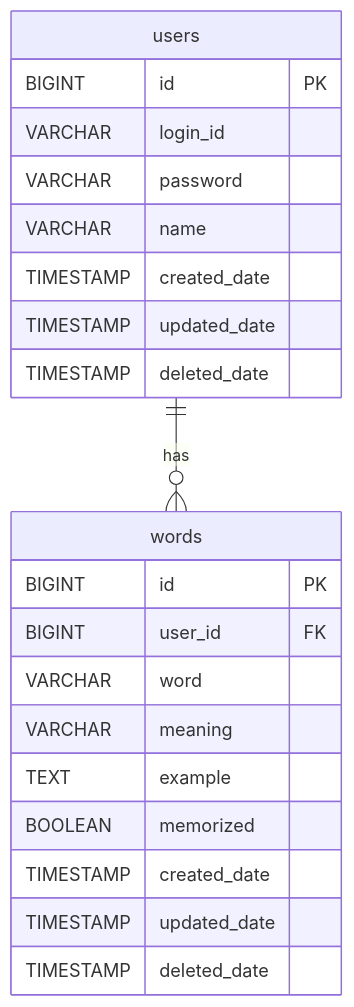
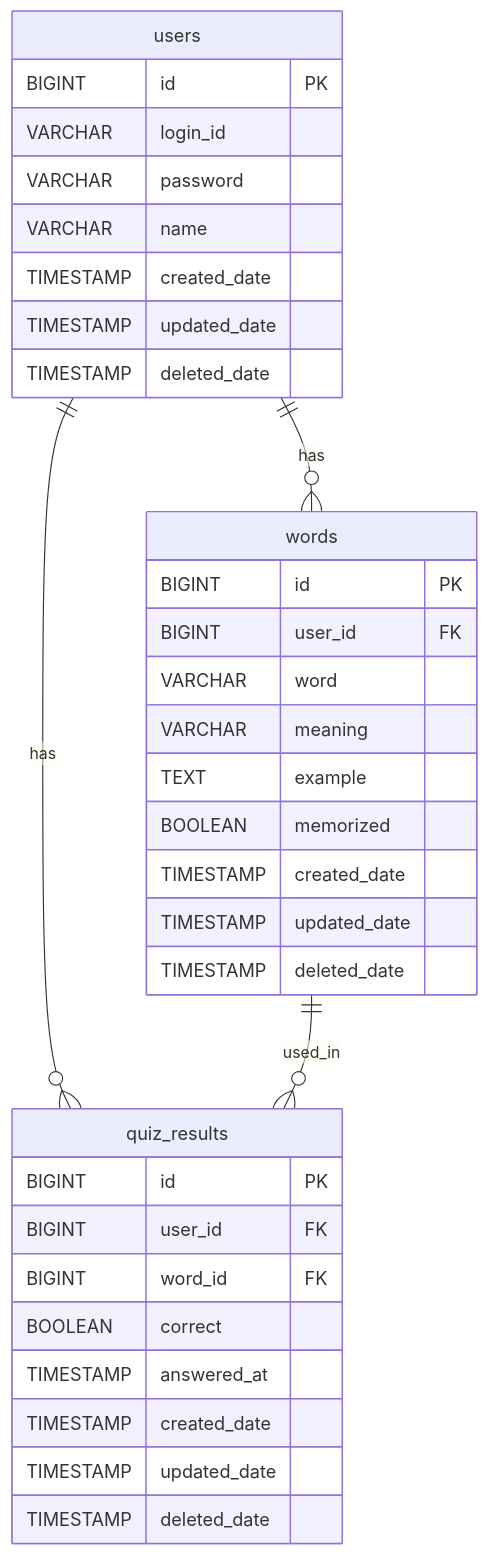
Before and after one commit to Hmty1311/spring-vue-english-app: the diagram in docs/basic-design/B-04_er.md, drawn with Mermaid. The commit also changed 1 other file, not shown here.

Commit message:
update B-03 / B-04

````diff
--- a/docs/basic-design/B-04_er.md
+++ b/docs/basic-design/B-04_er.md
@@ -3,27 +3,40 @@
 ```mermaid
 erDiagram
     users {
         BIGINT id PK
         VARCHAR login_id
         VARCHAR password
         VARCHAR name
         TIMESTAMP created_date
         TIMESTAMP updated_date
         TIMESTAMP deleted_date
     }
 
     words {
         BIGINT id PK
         BIGINT user_id FK
         VARCHAR word
         VARCHAR meaning
         TEXT example
         BOOLEAN memorized
         TIMESTAMP created_date
         TIMESTAMP updated_date
         TIMESTAMP deleted_date
     }
 
+    quiz_results {
+        BIGINT id PK
+        BIGINT user_id FK
+        BIGINT word_id FK
+        BOOLEAN correct
+        TIMESTAMP answered_at
+        TIMESTAMP created_date
+        TIMESTAMP updated_date
+        TIMESTAMP deleted_date
+    }
+
     users ||--o{ words : has
+    users ||--o{ quiz_results : has
+    words ||--o{ quiz_results : used_in
 
 ```
````
